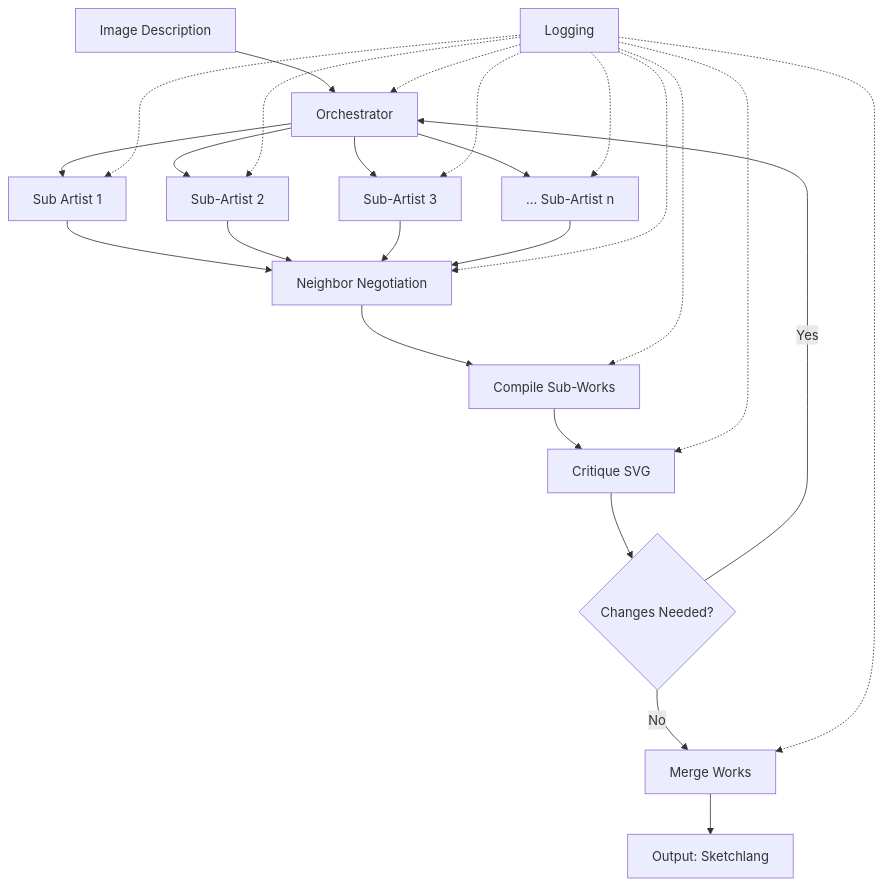
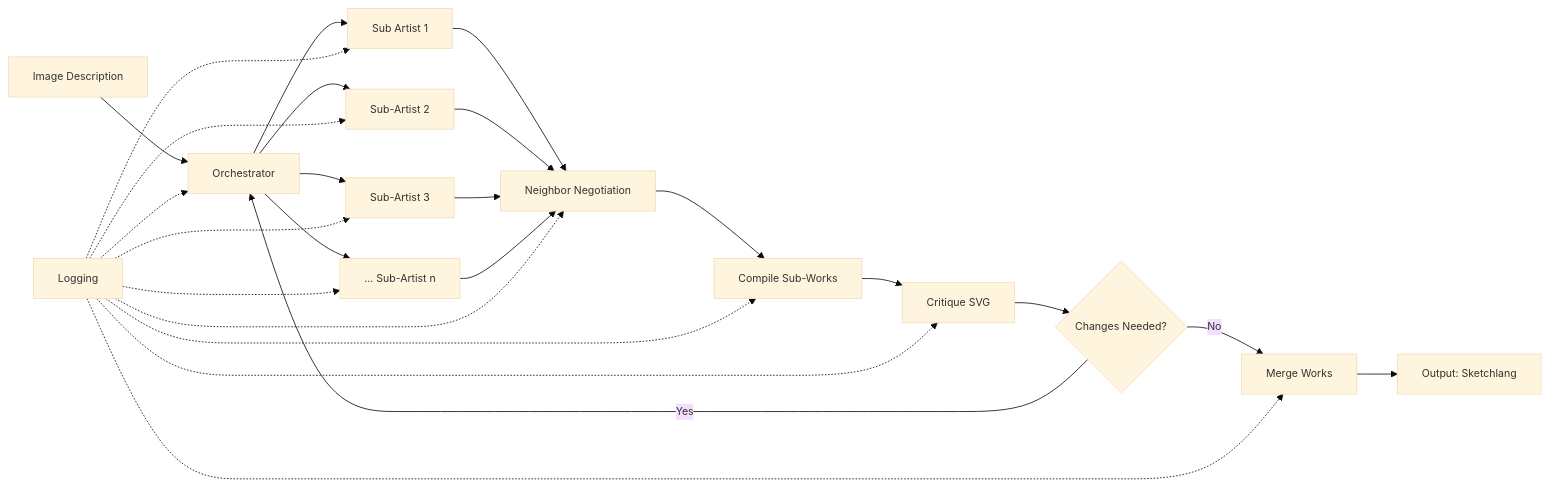
Before and after one commit to TheMaslowsDilemma/sketchthis-studio: the diagram in README.md, drawn with Mermaid.

````diff
--- a/README.md
+++ b/README.md
@@ -20,19 +20,20 @@
 ```mermaid
-flowchart TD
+%%{init: {'theme': 'base', 'themeVariables': { 'fontSize': '13px', 'fontFamily': 'Inter'}}}%%
+flowchart LR
     A[Image Description] --> B[ Orchestrator ]
     B --> C1[ Sub Artist 1]
     B --> C2[ Sub-Artist 2 ]
     B --> C3[ Sub-Artist 3 ]
     B --> Cn[... Sub-Artist n ]
     C1 --> D[ Neighbor Negotiation ]
     C2 --> D
     C3 --> D
     Cn --> D
     D --> E[ Compile Sub-Works ]
     E --> F[ Critique SVG ]
     F --> G{ Changes Needed? }
     G -->|Yes| B
     G -->|No| H[ Merge Works ]
     H --> I[ Output: Sketchlang ]
     J[ Logging ] -.-> B & C1 & C2 & C3 & Cn & D & E & F & H
 ```
````
